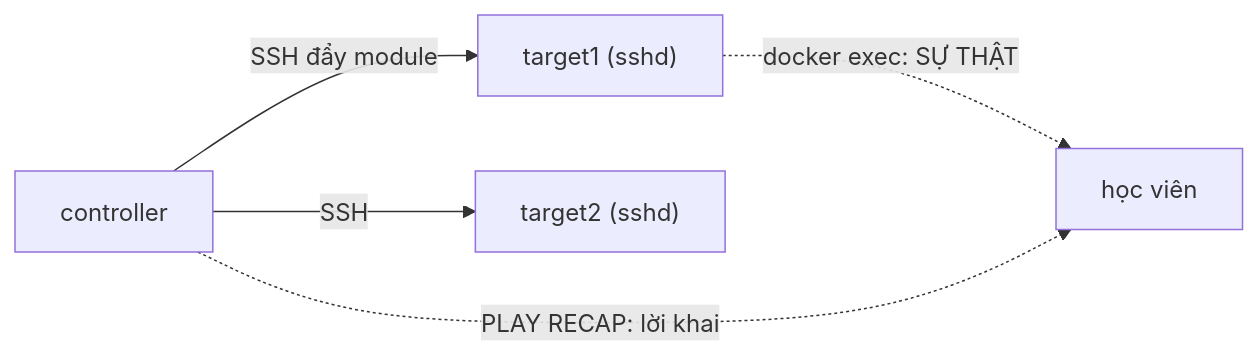
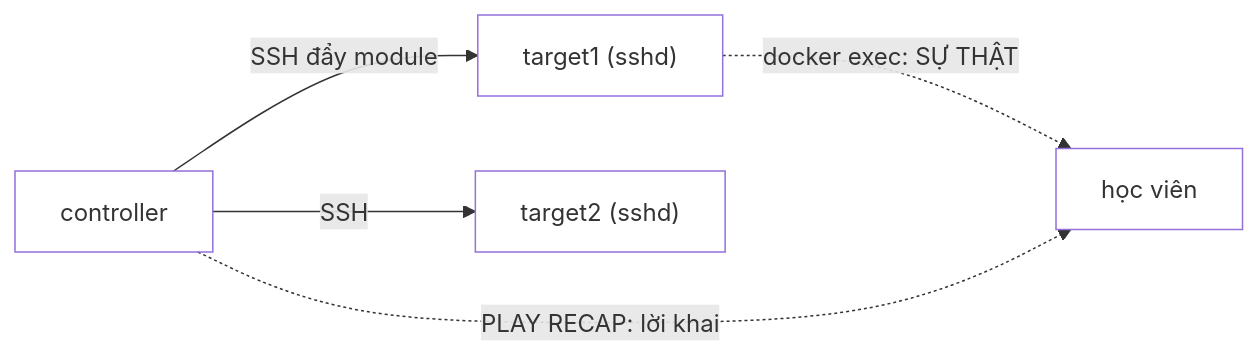
The second of 2 diagrams in _posts/2026-09-13-ansible-01-01-config-management-va-ansible-la-gi.md (kiennt308/ntk), drawn with Mermaid before and after one commit. The commit also changed other lines of this file and 30 other files, not shown here.

````diff
--- a/_posts/2026-09-13-ansible-01-01-config-management-va-ansible-la-gi.md
+++ b/_posts/2026-09-13-ansible-01-01-config-management-va-ansible-la-gi.md
@@ -414,7 +419,12 @@
 ```mermaid
 graph LR
   C["controller"] -->|"SSH đẩy module"| T1["target1 (sshd)"]
   C -->|"SSH"| T2["target2 (sshd)"]
   T1 -. "docker exec: SỰ THẬT" .-> DEV["học viên"]
   C -. "PLAY RECAP: lời khai" .-> DEV
+
+  style C fill:none
+  style T1 fill:none
+  style T2 fill:none
+  style DEV fill:none
 ```
````
